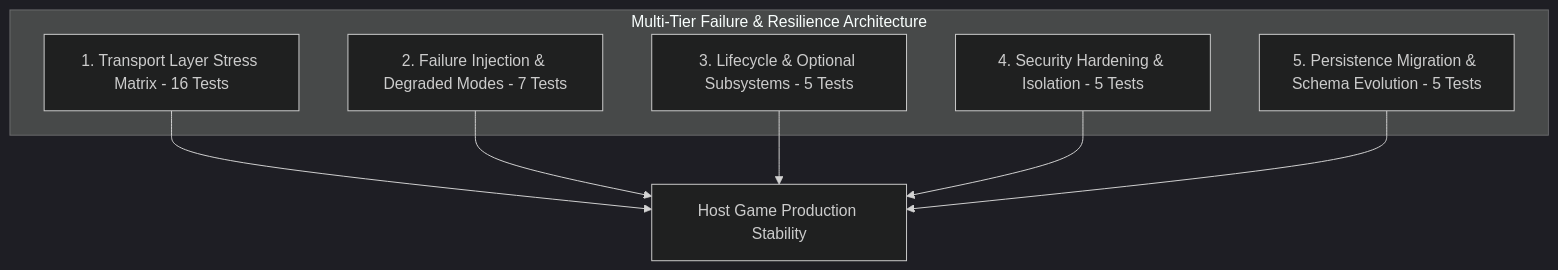
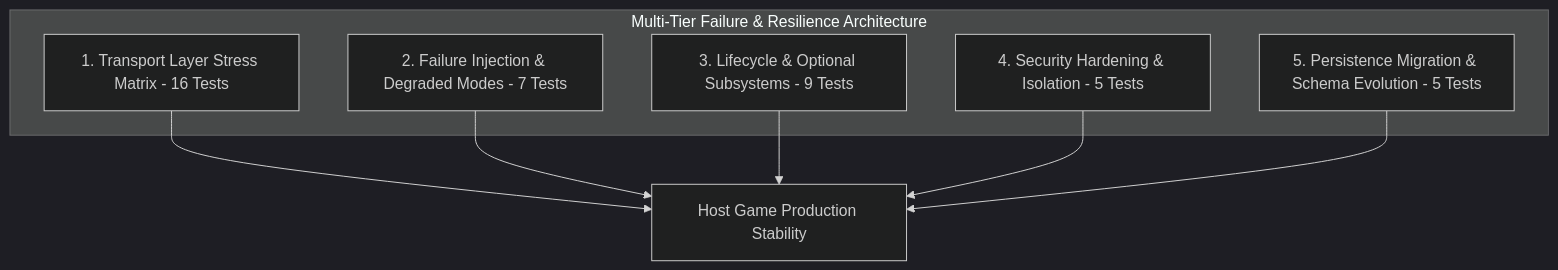
One commit to drizjet/fear-ai-sim changed the diagram in fear-ai-sim/docs/FAILURE_AND_LIFECYCLE_MATRIX.md. Above: the diagram before and after it, drawn with Mermaid (dark theme). The commit also changed other lines of this file and 8 other files, not shown here.

Commit message:
feat(fabe-v2): construct validity sweeps, K=60 cohort expansion, and 42-case failure matrix qualifications

````diff
--- a/fear-ai-sim/docs/FAILURE_AND_LIFECYCLE_MATRIX.md
+++ b/fear-ai-sim/docs/FAILURE_AND_LIFECYCLE_MATRIX.md
@@ -15,16 +18,16 @@
 ```mermaid
 graph TD
     subgraph Multi-Tier Failure & Resilience Architecture
-        T1[1. Transport Layer Stress Matrix - 16 Tests]
-        T2[2. Failure Injection & Degraded Modes - 7 Tests]
-        T3[3. Lifecycle & Optional Subsystems - 5 Tests]
-        T4[4. Security Hardening & Isolation - 5 Tests]
-        T5[5. Persistence Migration & Schema Evolution - 5 Tests]
+        T1["1. Transport Layer Stress Matrix - 16 Tests"]
+        T2["2. Failure Injection & Degraded Modes - 7 Tests"]
+        T3["3. Lifecycle & Optional Subsystems - 9 Tests"]
+        T4["4. Security Hardening & Isolation - 5 Tests"]
+        T5["5. Persistence Migration & Schema Evolution - 5 Tests"]
     end
 
     T1 --> STABILITY[Host Game Production Stability]
     T2 --> STABILITY
     T3 --> STABILITY
     T4 --> STABILITY
     T5 --> STABILITY
 ```
````
